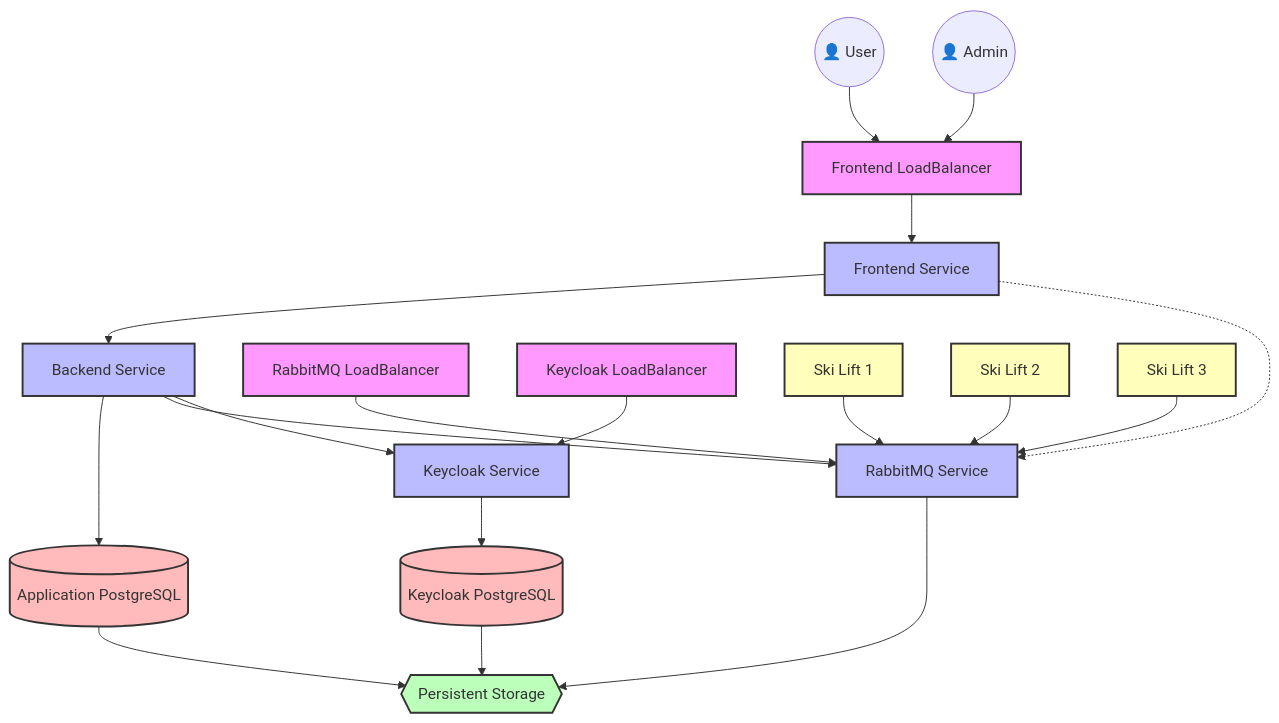
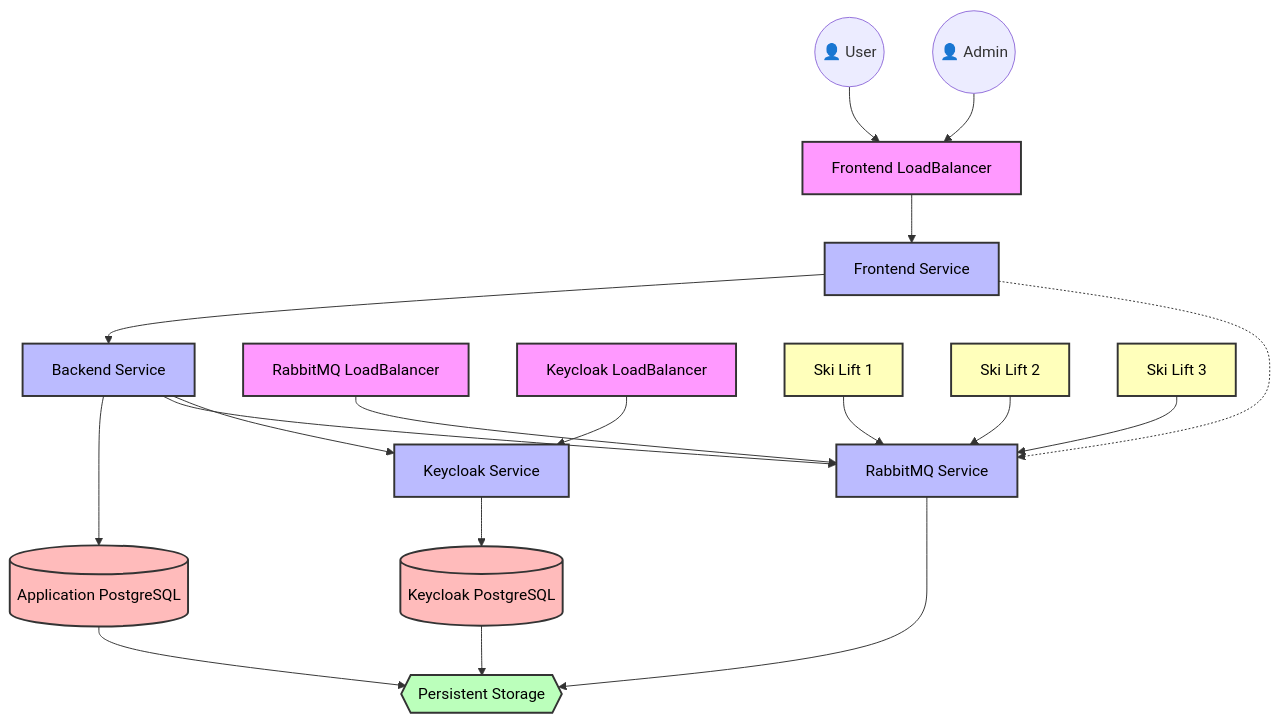
The diagram in README.md (Pillangocska/SnowPeak), drawn with Mermaid before and after one commit.

Commit message:
update Readme again

````diff
--- a/README.md
+++ b/README.md
@@ -58,69 +58,69 @@
 ```mermaid
 graph TB
     %% External Access
     User(("👤 User"))
     Admin(("👤 Admin"))
 
     %% Frontend
     FrontendLB[Frontend LoadBalancer]
     Frontend[Frontend Service]
 
     %% Backend Services
     Backend[Backend Service]
 
     %% Message Broker
     RabbitMQLB[RabbitMQ LoadBalancer]
     RabbitMQ[RabbitMQ Service]
 
     %% Authentication
     KeycloakLB[Keycloak LoadBalancer]
     Keycloak[Keycloak Service]
     KeycloakDB[(Keycloak PostgreSQL)]
 
     %% Application Database
     AppDB[(Application PostgreSQL)]
 
     %% Ski Lifts
     Lift1[Ski Lift 1]
     Lift2[Ski Lift 2]
     Lift3[Ski Lift 3]
 
     %% Persistent Storage
     Storage{{Persistent Storage}}
 
     %% Connections
     User --> FrontendLB
     Admin --> FrontendLB
     FrontendLB --> Frontend
     Frontend --> Backend
     Frontend -.-> RabbitMQ
     Backend --> AppDB
     Backend --> RabbitMQ
     Backend --> Keycloak
 
     Lift1 --> RabbitMQ
     Lift2 --> RabbitMQ
     Lift3 --> RabbitMQ
 
     KeycloakLB --> Keycloak
     Keycloak --> KeycloakDB
 
     RabbitMQLB --> RabbitMQ
     RabbitMQ --> Storage
 
     AppDB --> Storage
     KeycloakDB --> Storage
 
     %% Styles
-    classDef loadbalancer fill:#f9f,stroke:#333,stroke-width:2px
-    classDef service fill:#bbf,stroke:#333,stroke-width:2px
-    classDef database fill:#fbb,stroke:#333,stroke-width:2px
-    classDef storage fill:#bfb,stroke:#333,stroke-width:2px
-    classDef lift fill:#ffb,stroke:#333,stroke-width:2px
+    classDef loadbalancer fill:#f9f,stroke:#333,stroke-width:2px,color:black
+    classDef service fill:#bbf,stroke:#333,stroke-width:2px,color:black
+    classDef database fill:#fbb,stroke:#333,stroke-width:2px,color:black
+    classDef storage fill:#bfb,stroke:#333,stroke-width:2px,color:black
+    classDef lift fill:#ffb,stroke:#333,stroke-width:2px,color:black
 
     class FrontendLB,RabbitMQLB,KeycloakLB loadbalancer
     class Frontend,Backend,RabbitMQ,Keycloak service
     class AppDB,KeycloakDB database
     class Storage storage
     class Lift1,Lift2,Lift3 lift
 ```
````
